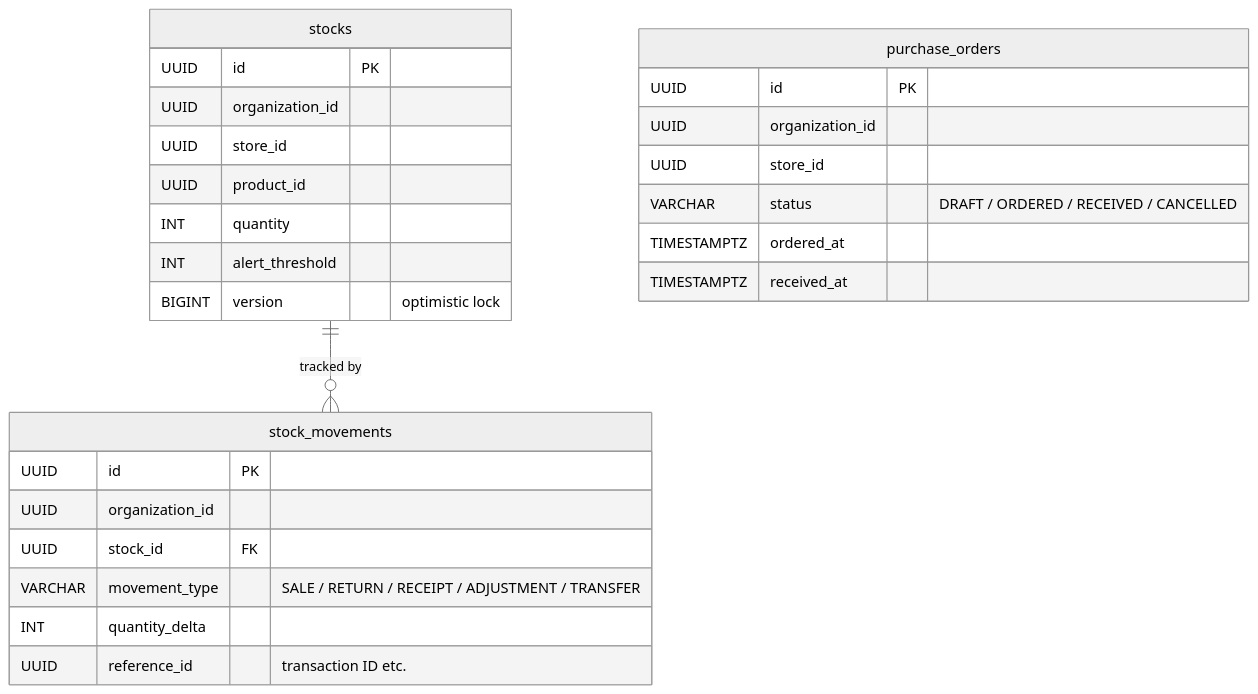
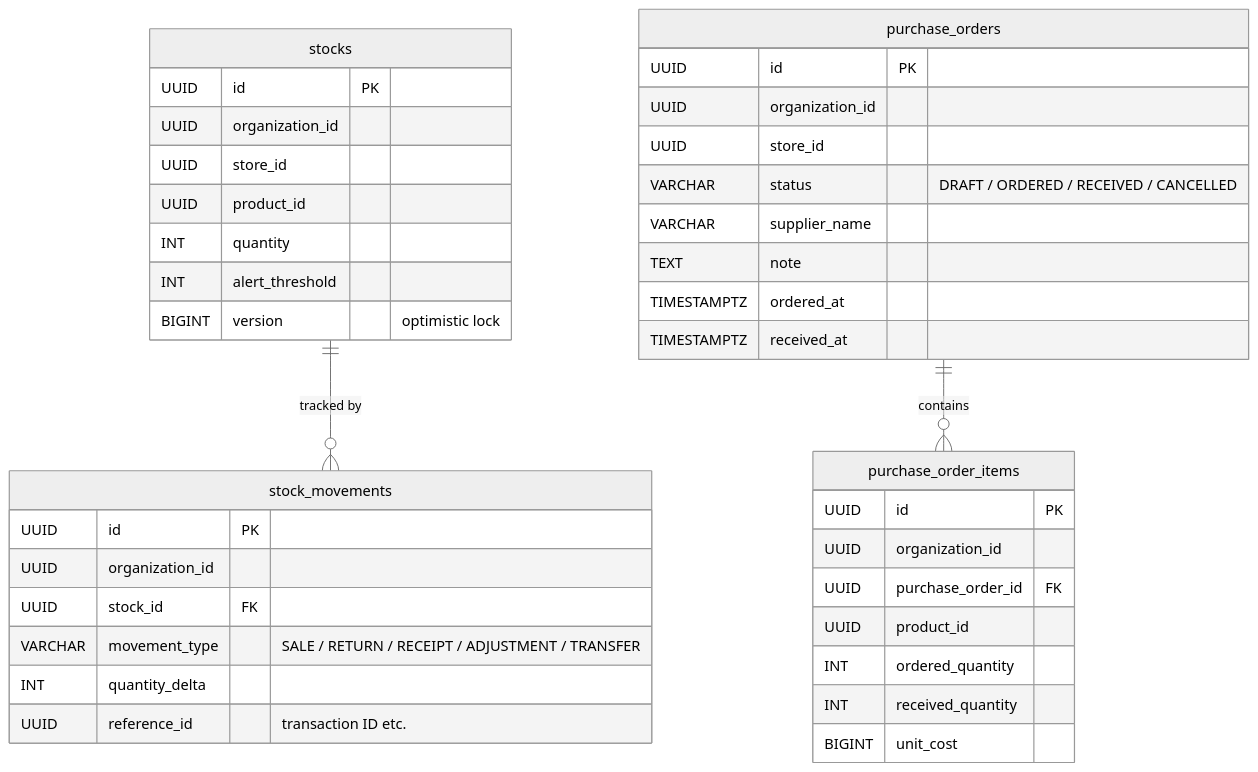
The fourth of 5 diagrams in docs/architecture/data-model.md (akaitigo/open-pos), drawn with Mermaid (neutral theme) before and after one commit. The commit also changed other lines of this file and 2 other files, not shown here.

First line of the commit message:
fix(docs): align ER diagram and compliance SQL with implementation code (#1127)

````diff
--- a/docs/architecture/data-model.md
+++ b/docs/architecture/data-model.md
@@ -340,29 +417,42 @@
 ```mermaid
 erDiagram
     stocks ||--o{ stock_movements : "tracked by"
+    purchase_orders ||--o{ purchase_order_items : "contains"
+
     purchase_orders {
         UUID id PK
         UUID organization_id
         UUID store_id
         VARCHAR status "DRAFT / ORDERED / RECEIVED / CANCELLED"
+        VARCHAR supplier_name
+        TEXT note
         TIMESTAMPTZ ordered_at
         TIMESTAMPTZ received_at
+    }
+    purchase_order_items {
+        UUID id PK
+        UUID organization_id
+        UUID purchase_order_id FK
+        UUID product_id
+        INT ordered_quantity
+        INT received_quantity
+        BIGINT unit_cost
     }
     stocks {
         UUID id PK
         UUID organization_id
         UUID store_id
         UUID product_id
         INT quantity
         INT alert_threshold
         BIGINT version "optimistic lock"
     }
     stock_movements {
         UUID id PK
         UUID organization_id
         UUID stock_id FK
         VARCHAR movement_type "SALE / RETURN / RECEIPT / ADJUSTMENT / TRANSFER"
         INT quantity_delta
         UUID reference_id "transaction ID etc."
     }
 ```
````
